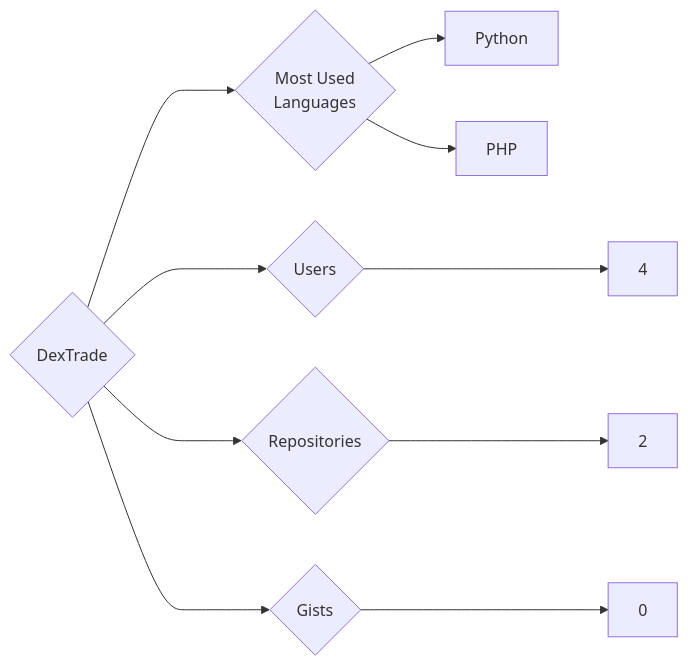
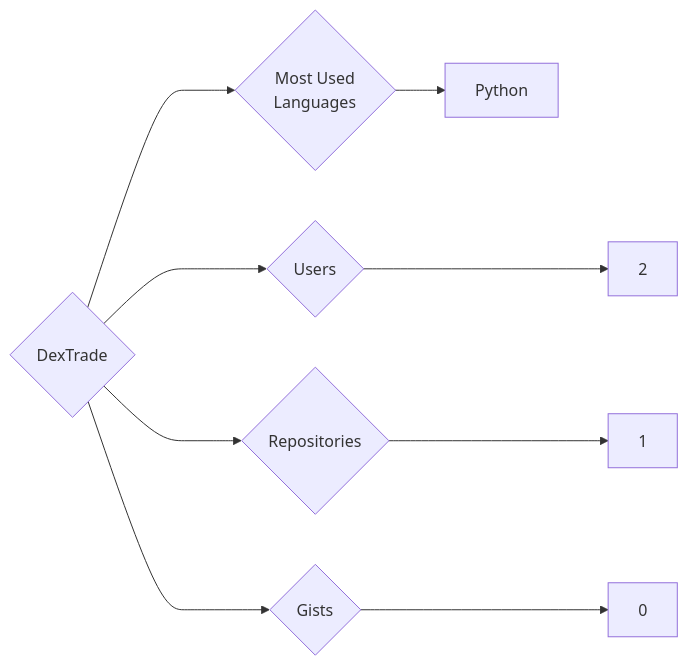
One commit to trickest/insiders changed the diagram in targets/DexTrade/README.md. Above: the diagram before and after it, drawn with Mermaid. The commit also changed 997 other files, not shown here.

````diff
--- a/targets/DexTrade/README.md
+++ b/targets/DexTrade/README.md
@@ -3,10 +3,9 @@
 ```mermaid
 graph LR
 COMPANY_NAME{DexTrade}
-COMPANY_NAME ---> U{Users} ---> UN[4]
-COMPANY_NAME ---> R{Repositories} ---> RN[2]
+COMPANY_NAME ---> U{Users} ---> UN[2]
+COMPANY_NAME ---> R{Repositories} ---> RN[1]
 COMPANY_NAME ---> G{Gists} ---> GN[0]
 COMPANY_NAME ---> ML{Most Used<br>Languages}
 ML --> Python[Python]
-ML --> PHP[PHP]
 ```
````
